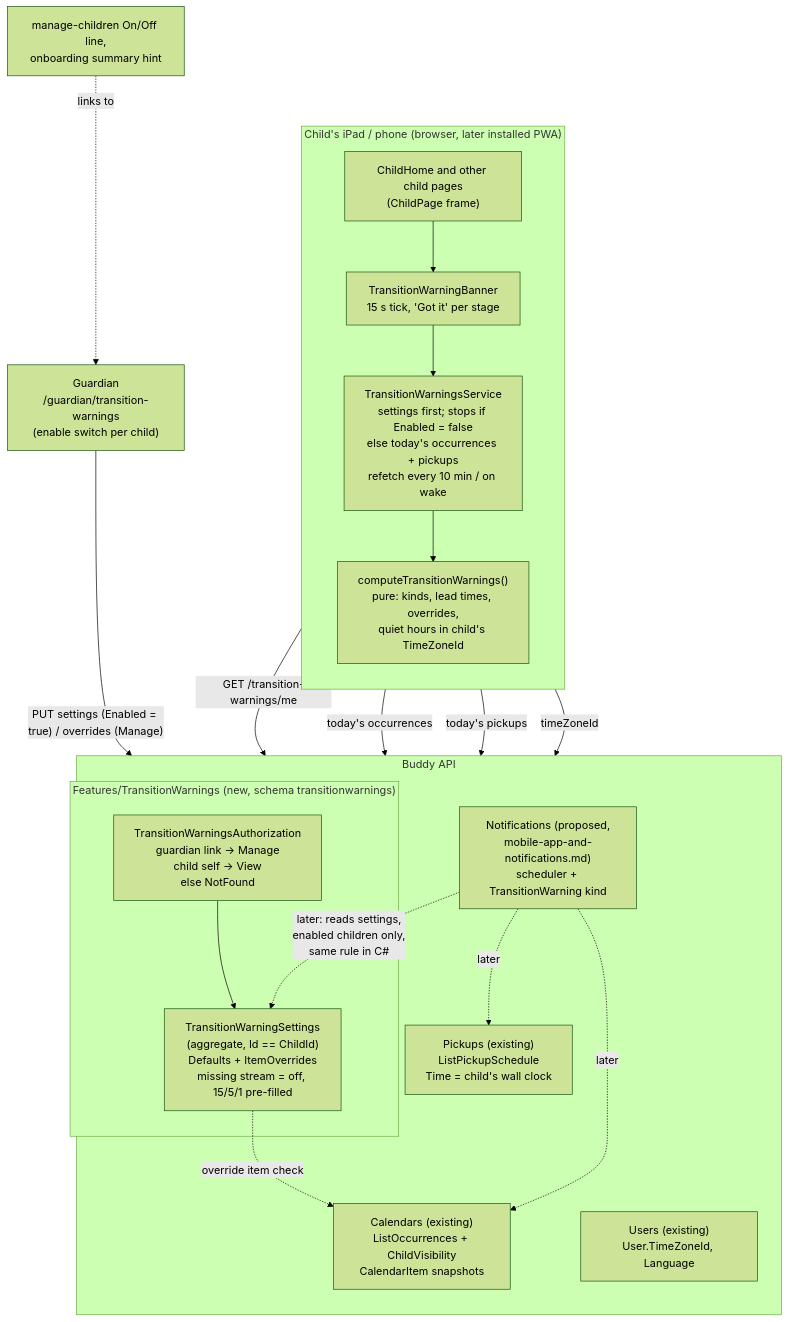
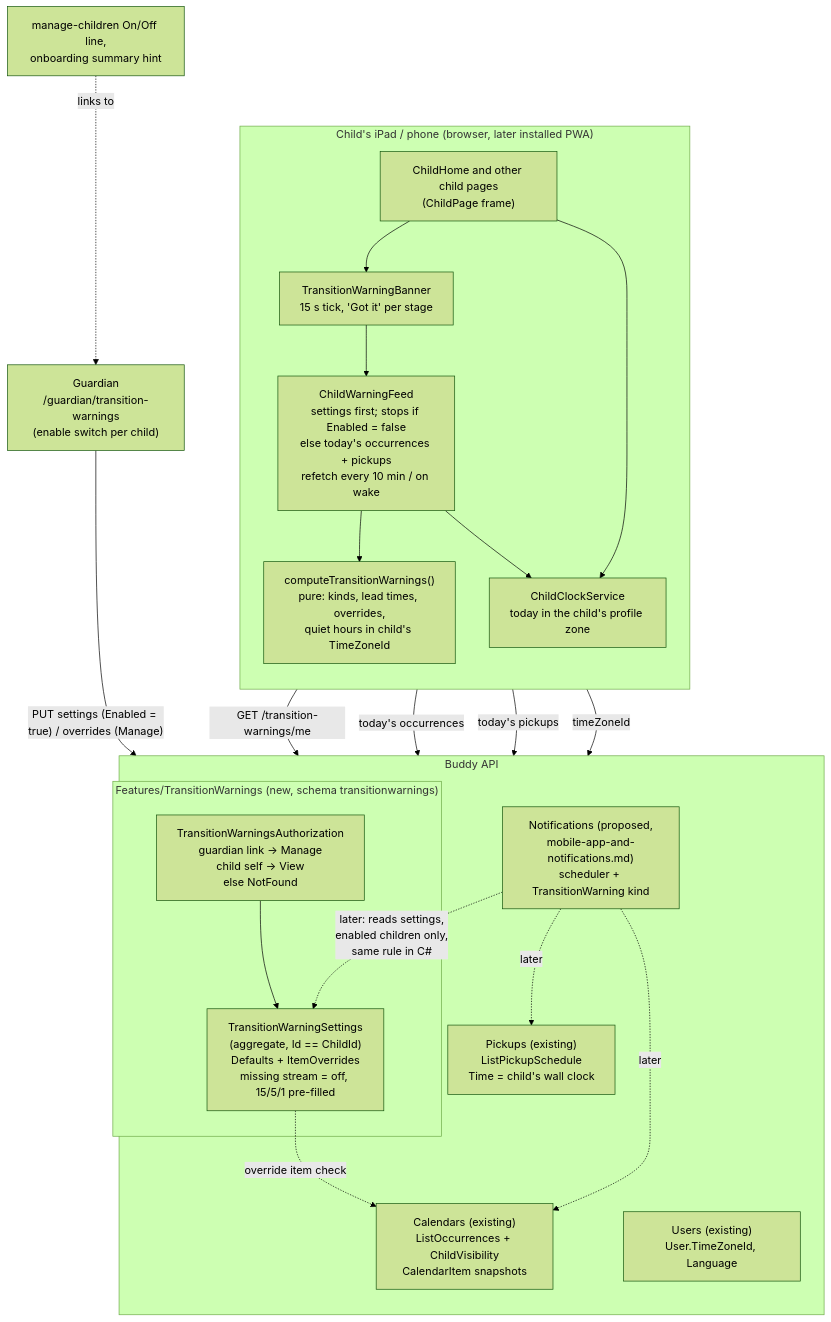
Before and after one commit to kimipsen/buddy: the diagram in docs/backend/analysis/transition-warnings.md, drawn with Mermaid (forest theme). The commit also changed other lines of this file and 153 other files, not shown here.

First line of the commit message:
feat(child): transition warnings before events, tasks and pickups, and the child's own "today"

````diff
--- a/docs/backend/analysis/transition-warnings.md
+++ b/docs/backend/analysis/transition-warnings.md
@@ -655,37 +753,40 @@
 ```mermaid
 flowchart TB
     subgraph Device["Child's iPad / phone (browser, later installed PWA)"]
         direction TB
         Home["ChildHome and other child pages\n(ChildPage frame)"]
         Banner["TransitionWarningBanner\n15 s tick, 'Got it' per stage"]
-        Svc["TransitionWarningsService\nsettings first; stops if Enabled = false\nelse today's occurrences + pickups\nrefetch every 10 min / on wake"]
+        Svc["ChildWarningFeed\nsettings first; stops if Enabled = false\nelse today's occurrences + pickups\nrefetch every 10 min / on wake"]
+        Clock["ChildClockService\ntoday in the child's profile zone"]
         Fn["computeTransitionWarnings()\npure: kinds, lead times, overrides,\nquiet hours in child's TimeZoneId"]
         Home --> Banner
         Banner --> Svc
         Svc --> Fn
+        Svc --> Clock
+        Home --> Clock
     end
     subgraph Api["Buddy API"]
         direction TB
         subgraph TW["Features/TransitionWarnings (new, schema transitionwarnings)"]
             Settings["TransitionWarningSettings\n(aggregate, Id == ChildId)\nDefaults + ItemOverrides\nmissing stream = off, 15/5/1 pre-filled"]
             Auth["TransitionWarningsAuthorization\nguardian link -> Manage\nchild self -> View\nelse NotFound"]
         end
         Cal["Calendars (existing)\nListOccurrences + ChildVisibility\nCalendarItem snapshots"]
         Pick["Pickups (existing)\nListPickupSchedule\nTime = child's wall clock"]
         Users["Users (existing)\nUser.TimeZoneId, Language"]
         Push["Notifications (proposed,\nmobile-app-and-notifications.md)\nscheduler + TransitionWarning kind"]
     end
     Guardian["Guardian\n/guardian/transition-warnings\n(enable switch per child)"]
     Hints["manage-children On/Off line,\nonboarding summary hint"]
     Hints -. "links to" .-> Guardian
     Guardian -- "PUT settings (Enabled = true) / overrides (Manage)" --> Auth
     Auth --> Settings
     Settings -. "override item check" .-> Cal
     Svc -- "GET /transition-warnings/me" --> Settings
     Svc -- "today's occurrences" --> Cal
     Svc -- "today's pickups" --> Pick
     Svc -- "timeZoneId" --> Users
     Push -. "later: reads settings,\nenabled children only,\nsame rule in C#" .-> Settings
     Push -. "later" .-> Cal
     Push -. "later" .-> Pick
 ```
````
